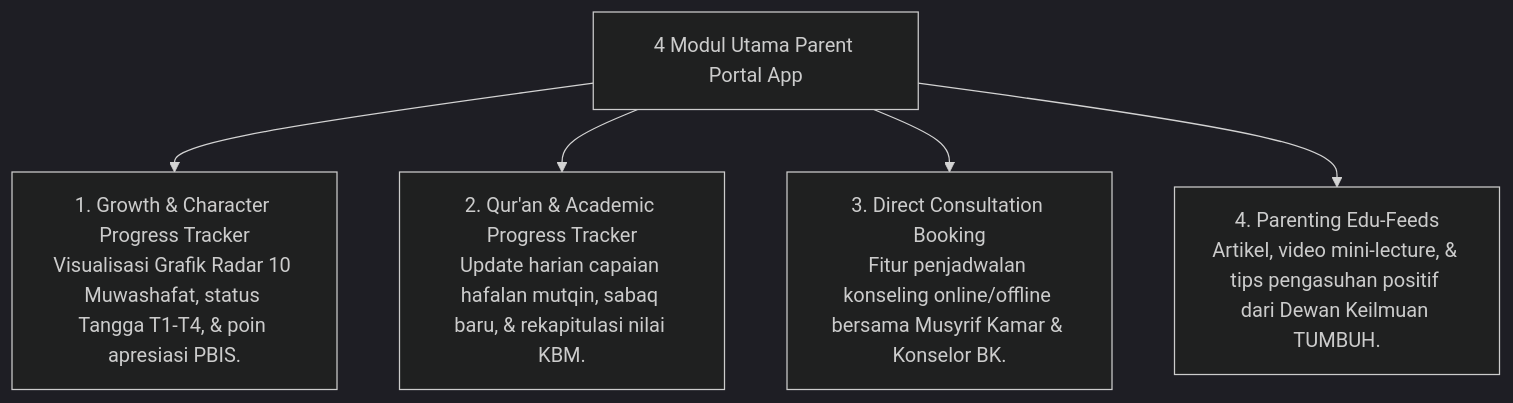
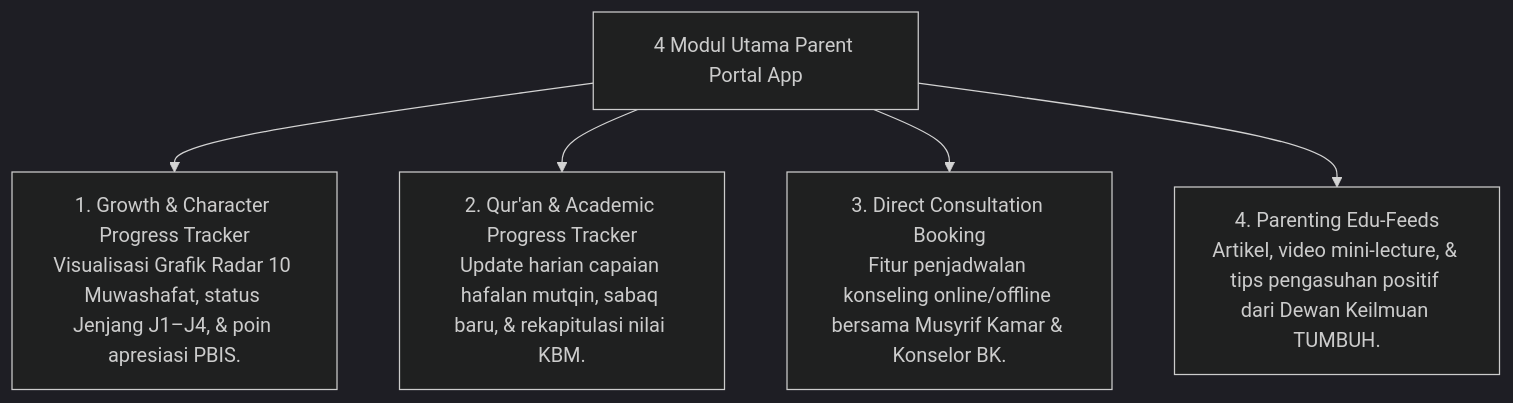
One commit to wandiapriliyandi/tumbuh changed the diagram in 07 Implementation Framework/07 Family Practices/P7-07-03-Spesifikasi-dan-Fitur-Parent-Portal-Digital-App.md. Above: the diagram before and after it, drawn with Mermaid (dark theme). The commit also changed 209 other files, not shown here.

````diff
--- a/07 Implementation Framework/07 Family Practices/P7-07-03-Spesifikasi-dan-Fitur-Parent-Portal-Digital-App.md
+++ b/07 Implementation Framework/07 Family Practices/P7-07-03-Spesifikasi-dan-Fitur-Parent-Portal-Digital-App.md
@@ -14,8 +14,8 @@
 ```mermaid
 graph TD
     ParentAppModules["4 Modul Utama Parent Portal App"]
-    ParentAppModules --> GrowthTracker["1. Growth & Character Progress Tracker<br/>Visualisasi Grafik Radar 10 Muwashafat, status Tangga T1-T4, & poin apresiasi PBIS."]
+    ParentAppModules --> GrowthTracker["1. Growth & Character Progress Tracker<br/>Visualisasi Grafik Radar 10 Muwashafat, status Jenjang J1–J4, & poin apresiasi PBIS."]
     ParentAppModules --> HafizTracker["2. Qur'an & Academic Progress Tracker<br/>Update harian capaian hafalan mutqin, sabaq baru, & rekapitulasi nilai KBM."]
     ParentAppModules --> DirectConsult["3. Direct Consultation Booking<br/>Fitur penjadwalan konseling online/offline bersama Musyrif Kamar & Konselor BK."]
     ParentAppModules --> ParentingFeeds["4. Parenting Edu-Feeds<br/>Artikel, video mini-lecture, & tips pengasuhan positif dari Dewan Keilmuan TUMBUH."]
 ```
````
